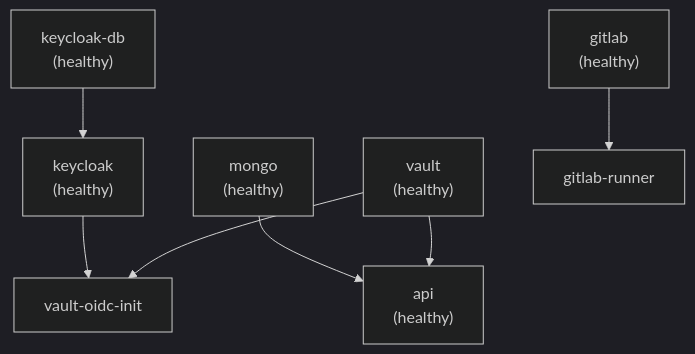
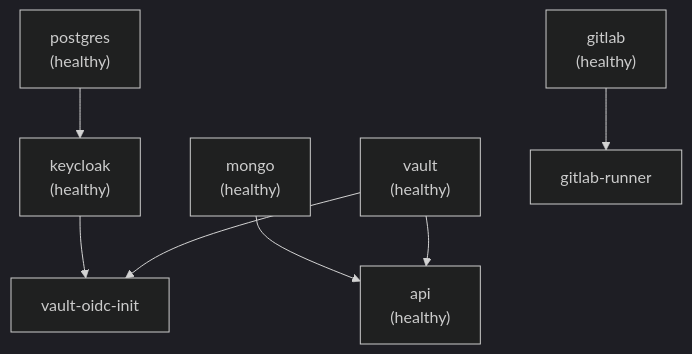
One commit to astarx-studio/devsecops-platform changed the fourth of 4 diagrams in __DOCS__/99_maintainers/01_architecture.md. Above: the diagram before and after it, drawn with Mermaid (dark theme). The commit also changed other lines of this file and 45 other files, not shown here.

````diff
--- a/__DOCS__/99_maintainers/01_architecture.md
+++ b/__DOCS__/99_maintainers/01_architecture.md
@@ -215,18 +215,18 @@
 ```mermaid
 graph TD
     mongodb["mongo\n(healthy)"]
-    keycloakdb["keycloak-db\n(healthy)"]
+    keycloakdb["postgres\n(healthy)"]
     keycloak_svc["keycloak\n(healthy)"]
     vault_svc["vault\n(healthy)"]
     vaultInit["vault-oidc-init"]
     gitlab_svc["gitlab\n(healthy)"]
     runner_svc["gitlab-runner"]
     api_svc["api\n(healthy)"]
 
     mongodb --> api_svc
     vault_svc --> api_svc
     keycloakdb --> keycloak_svc
     keycloak_svc --> vaultInit
     vault_svc --> vaultInit
     gitlab_svc --> runner_svc
 ```
````
